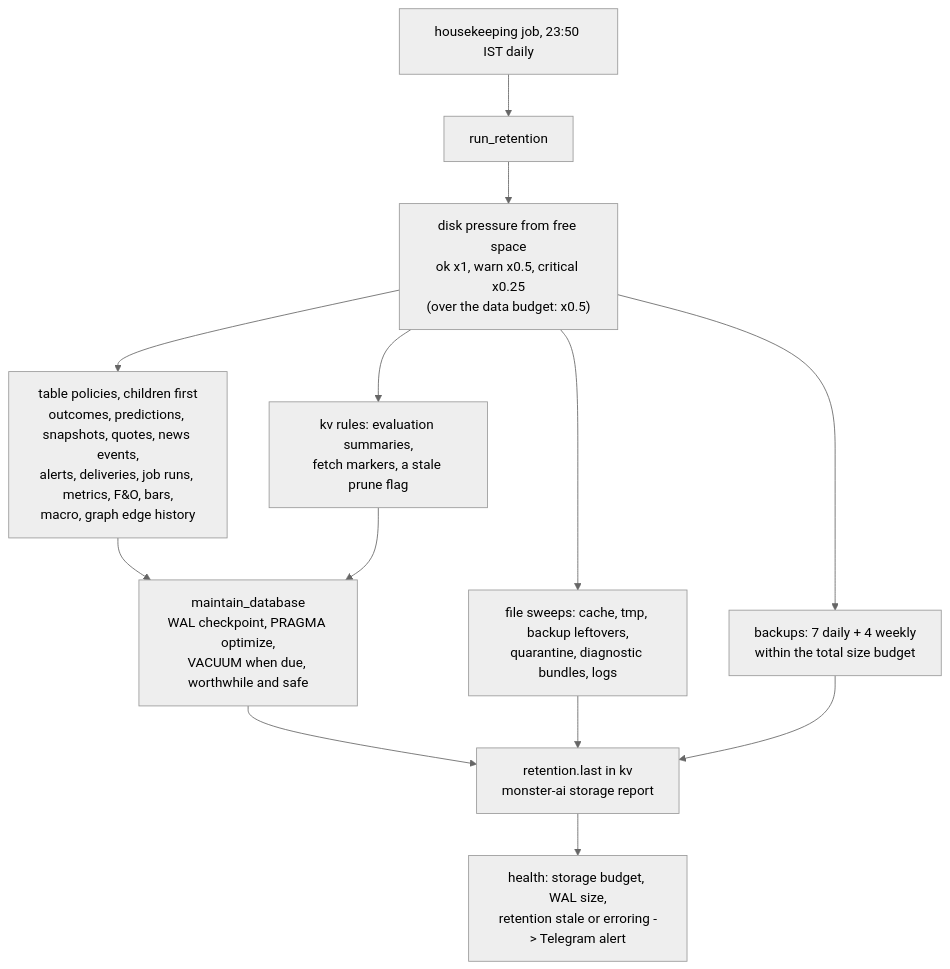
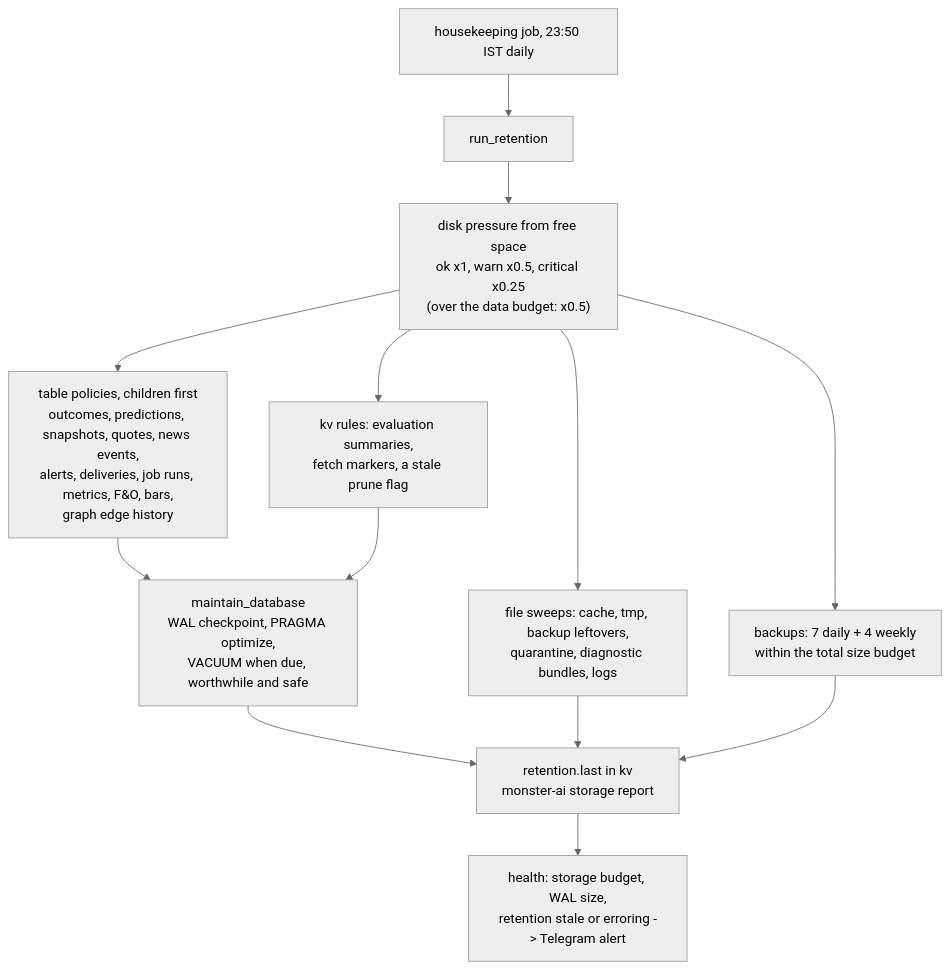
One commit to amansoni7477030/MonsterStock_AI changed diagram 16 of 18 in MONSTER-AI/docs/ARCHITECTURE.md. Above: the diagram before and after it, drawn with Mermaid (neutral theme). The commit also changed other lines of this file and 61 other files, not shown here.

````diff
--- a/MONSTER-AI/docs/ARCHITECTURE.md
+++ b/MONSTER-AI/docs/ARCHITECTURE.md
@@ -636,15 +634,15 @@
 ```mermaid
 flowchart TB
     HK["housekeeping job, 23:50 IST daily"] --> RET["run_retention"]
     RET --> PR["disk pressure from free space<br/>ok x1, warn x0.5, critical x0.25<br/>(over the data budget: x0.5)"]
-    PR --> TB["table policies, children first<br/>outcomes, predictions, snapshots, quotes, news events,<br/>alerts, deliveries, job runs, metrics, F&O, bars,<br/>macro, graph edge history"]
+    PR --> TB["table policies, children first<br/>outcomes, predictions, snapshots, quotes, news events,<br/>alerts, deliveries, job runs, metrics, F&O, bars,<br/>graph edge history"]
     PR --> KV["kv rules: evaluation summaries,<br/>fetch markers, a stale prune flag"]
     PR --> FS["file sweeps: cache, tmp, backup leftovers,<br/>quarantine, diagnostic bundles, logs"]
     PR --> BK["backups: 7 daily + 4 weekly<br/>within the total size budget"]
     TB --> DBM["maintain_database<br/>WAL checkpoint, PRAGMA optimize,<br/>VACUUM when due, worthwhile and safe"]
     KV --> DBM
     DBM --> REP["retention.last in kv<br/>monster-ai storage report"]
     FS --> REP
     BK --> REP
     REP --> HLT["health: storage budget, WAL size,<br/>retention stale or erroring -> Telegram alert"]
 ```
````
